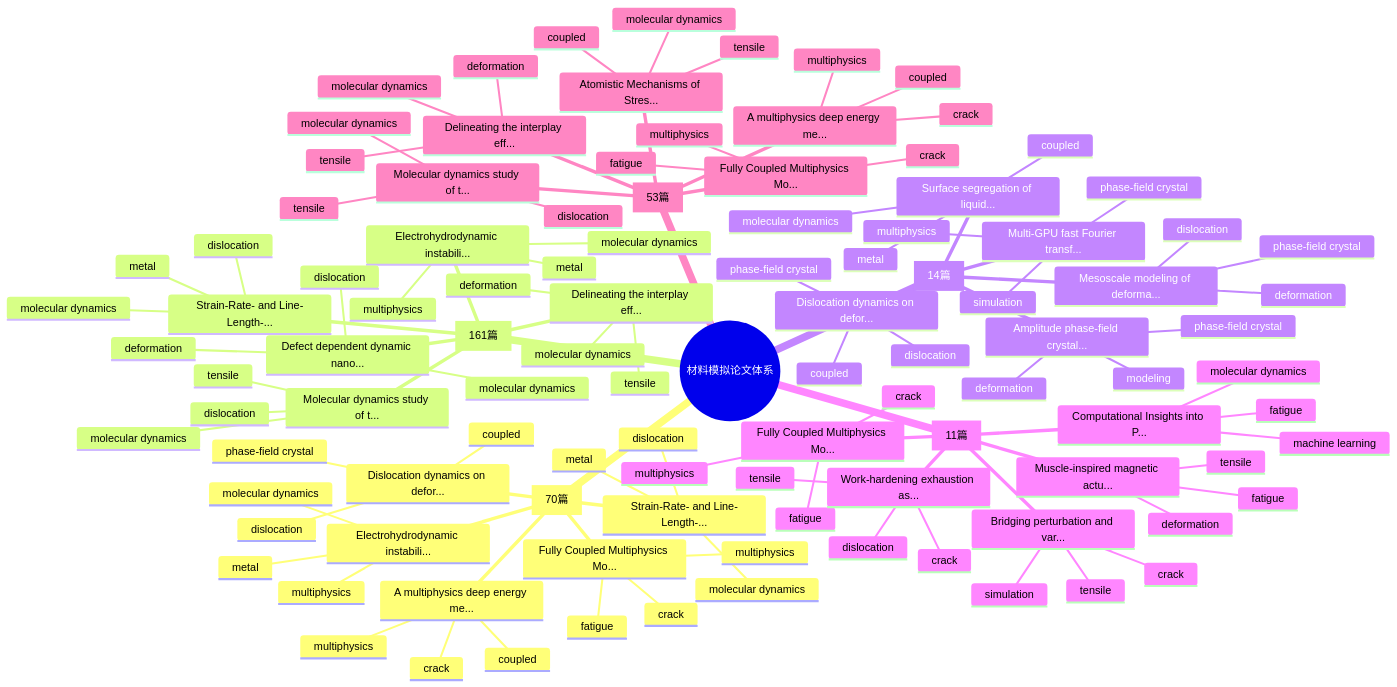
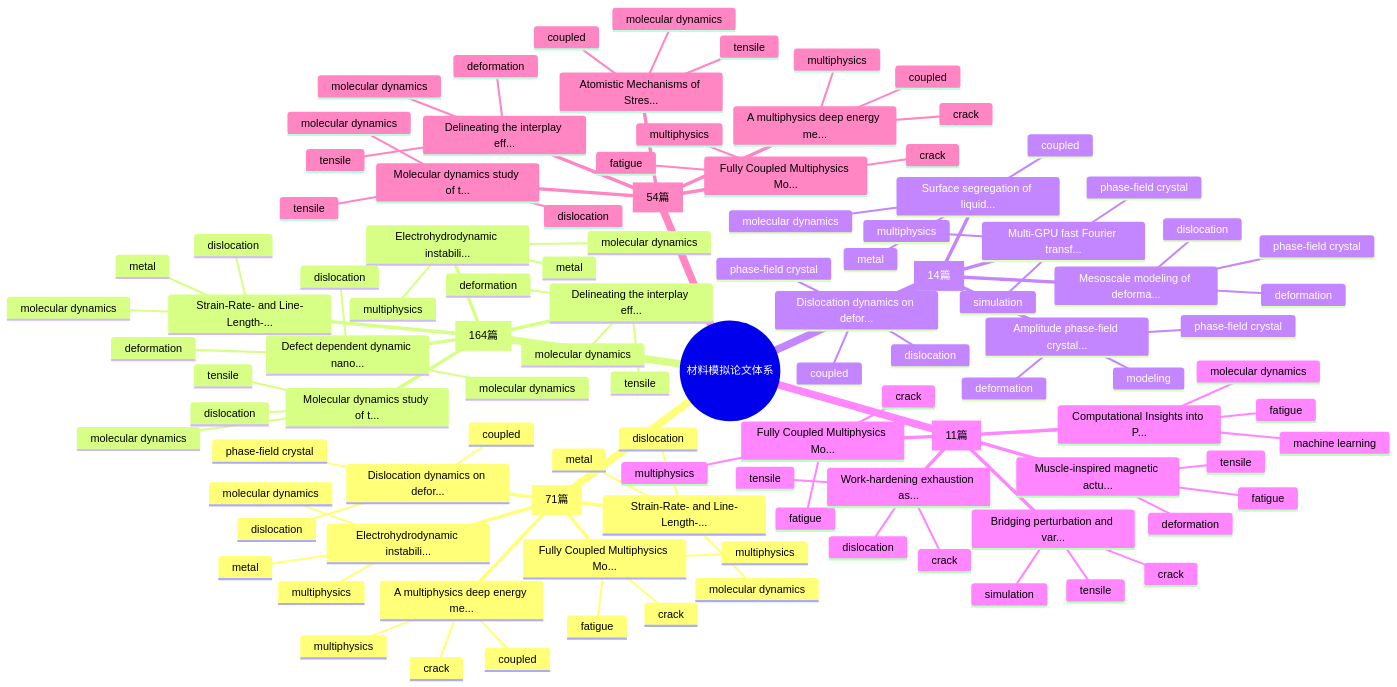
The first of 2 diagrams in README.md (Shirakawa11111/BJK_readpaper), drawn with Mermaid before and after one commit. The commit also changed other lines of this file and 11 other files, not shown here.

````diff
--- a/README.md
+++ b/README.md
@@ -94,7 +94,7 @@
 ```mermaid
 mindmap
   root((材料模拟论文体系))
-    Multiphysics Coupling [70篇]
+    Multiphysics Coupling [71篇]
       Fully Coupled Multiphysics Mo...
         fatigue
         multiphysics
@@ -115,7 +115,7 @@
         molecular dynamics
         dislocation
         metal
-    Molecular Dynamics [161篇]
+    Molecular Dynamics [164篇]
       Molecular dynamics study of t...
         molecular dynamics
         dislocation
@@ -178,7 +178,7 @@
         crack
         tensile
         simulation
-    Tensile / Deformation Simulation [53篇]
+    Tensile / Deformation Simulation [54篇]
       Fully Coupled Multiphysics Mo...
         fatigue
         multiphysics
````
